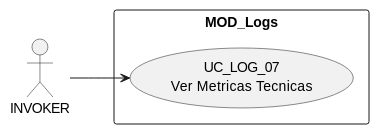
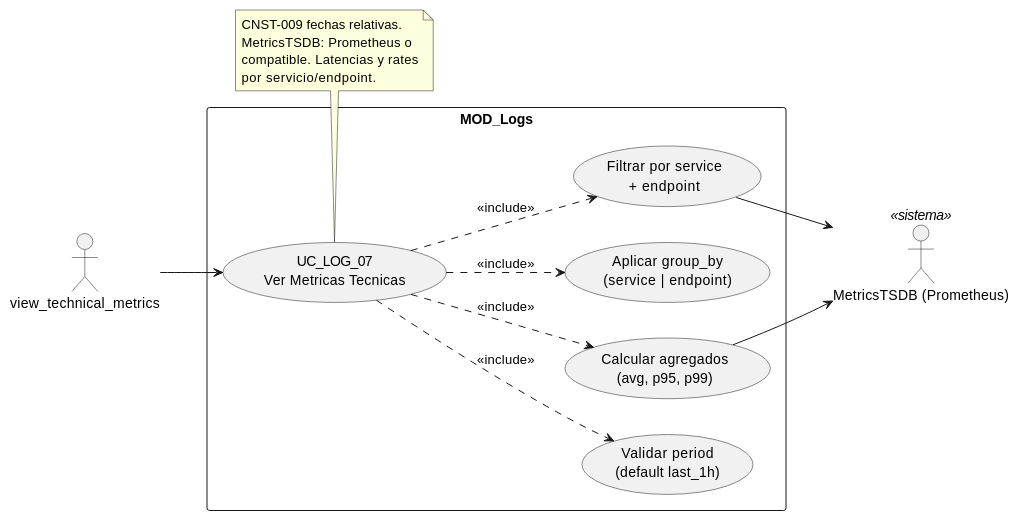
Before and after one commit to jcg-admin/IACT-docs: the diagram in source/requisitos/casos-uso/logs/uc-log-07/diagramas-uml/diagrama-de-caso-de-uso.rst, drawn with PlantUML. The commit also changed 6 other files, not shown here.

```diff
--- a/source/requisitos/casos-uso/logs/uc-log-07/diagramas-uml/diagrama-de-caso-de-uso.rst
+++ b/source/requisitos/casos-uso/logs/uc-log-07/diagramas-uml/diagrama-de-caso-de-uso.rst
@@ -4,22 +4,35 @@
 .. uml::
  :caption: UC_LOG_07 — actores y casos asociados
 
  @startuml
 
  left to right direction
 
- ' TODO (use-case-view-uml07-rebuild Nivel A): completar
- ' actores (INVOKER + beneficiarios + Sistema), sub-usecases
- ' (validaciones, side-effects, audit emit), relaciones
- ' (`<<include>>`, `<<extend>>`) y notas referenciando BRs/CNSTs.
- ' Ver patron canonico en uc-acc-01/diagramas-uml/diagrama-de-caso-de-uso.rst.
-
- actor "INVOKER" as INVOKER
+ actor "view_technical_metrics" as INVOKER
+ actor "MetricsTSDB (Prometheus)" as TSDB <<sistema>>
 
  rectangle "MOD_Logs" {
    usecase "UC_LOG_07\nVer Metricas Tecnicas" as UC_LOG_07
+   usecase "Validar period\n(default last_1h)" as VALIDAR_PERIOD
+   usecase "Filtrar por service\n+ endpoint" as FILTRAR
+   usecase "Aplicar group_by\n(service | endpoint)" as GROUPBY
+   usecase "Calcular agregados\n(avg, p95, p99)" as METRIC_AGG
  }
 
  INVOKER --> UC_LOG_07
+ UC_LOG_07 ..> VALIDAR_PERIOD : <<include>>
+ UC_LOG_07 ..> FILTRAR : <<include>>
+ UC_LOG_07 ..> GROUPBY : <<include>>
+ UC_LOG_07 ..> METRIC_AGG : <<include>>
+
+ FILTRAR --> TSDB
+ METRIC_AGG --> TSDB
+
+ note bottom of UC_LOG_07
+   CNST-009 fechas relativas.
+   MetricsTSDB: Prometheus o
+   compatible. Latencias y rates
+   por servicio/endpoint.
+ end note
 
  @enduml
```
